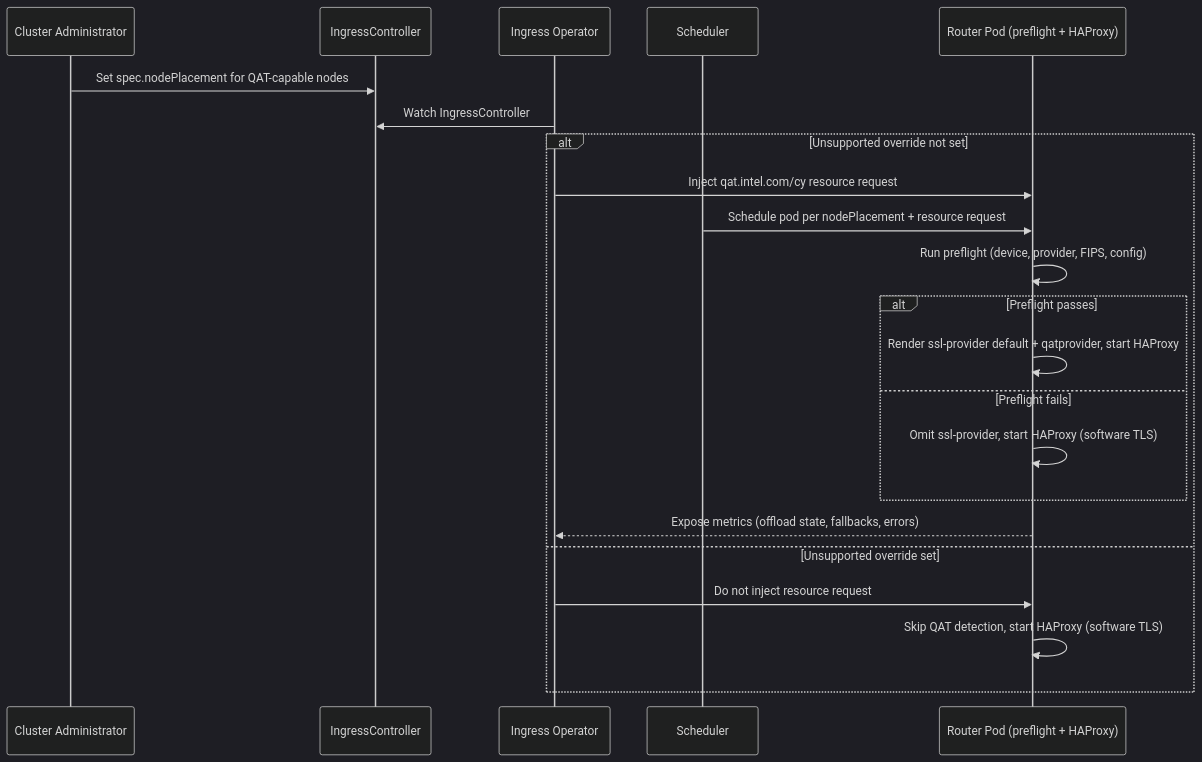
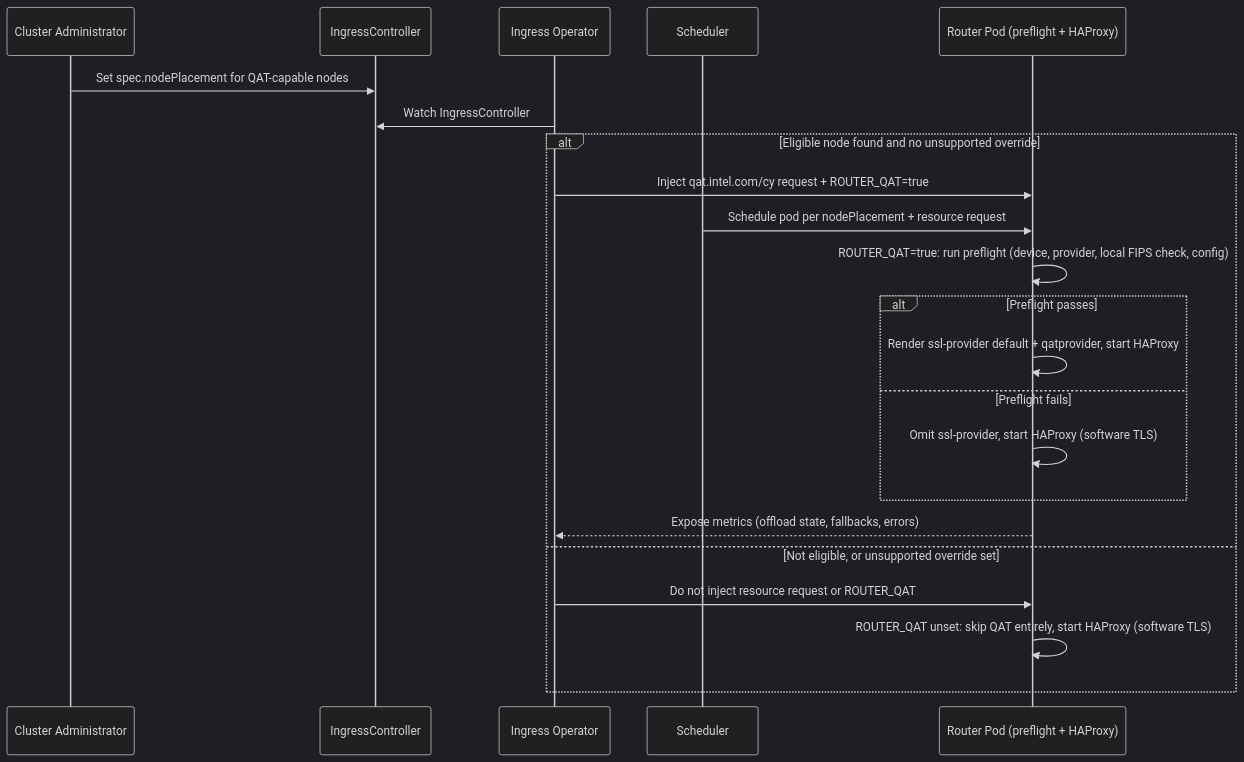
Before and after one commit to openshift/enhancements: the diagram in enhancements/ingress/qat-acceleration-for-ingress.md, drawn with Mermaid (dark theme). The commit also changed other lines of this file, not shown here.

````diff
--- a/enhancements/ingress/qat-acceleration-for-ingress.md
+++ b/enhancements/ingress/qat-acceleration-for-ingress.md
@@ -239,25 +262,25 @@
 ```mermaid
 sequenceDiagram
     participant Admin as Cluster Administrator
     participant IC as IngressController
     participant Operator as Ingress Operator
     participant Sched as Scheduler
     participant Router as Router Pod (preflight + HAProxy)
 
     Admin->>IC: Set spec.nodePlacement for QAT-capable nodes
     Operator->>IC: Watch IngressController
-    alt Unsupported override not set
-        Operator->>Router: Inject qat.intel.com/cy resource request
+    alt Eligible node found and no unsupported override
+        Operator->>Router: Inject qat.intel.com/cy request + ROUTER_QAT=true
         Sched->>Router: Schedule pod per nodePlacement + resource request
-        Router->>Router: Run preflight (device, provider, FIPS, config)
+        Router->>Router: ROUTER_QAT=true: run preflight (device, provider, local FIPS check, config)
         alt Preflight passes
             Router->>Router: Render ssl-provider default + qatprovider, start HAProxy
         else Preflight fails
             Router->>Router: Omit ssl-provider, start HAProxy (software TLS)
         end
         Router-->>Operator: Expose metrics (offload state, fallbacks, errors)
-    else Unsupported override set
-        Operator->>Router: Do not inject resource request
-        Router->>Router: Skip QAT detection, start HAProxy (software TLS)
+    else Not eligible, or unsupported override set
+        Operator->>Router: Do not inject resource request or ROUTER_QAT
+        Router->>Router: ROUTER_QAT unset: skip QAT entirely, start HAProxy (software TLS)
     end
 ```
````
